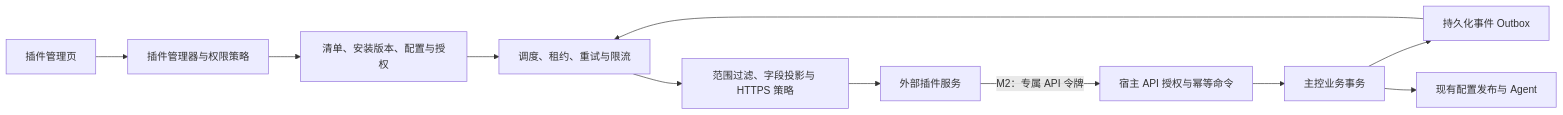
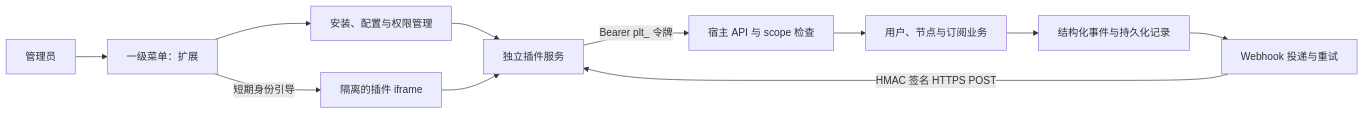
The diagram in docs/design/plugins.md (cuijianzhuang/Polaris), drawn with Mermaid before and after one commit. The commit also changed other lines of this file and 3 other files, not shown here.

Commit message:
docs: align external plugin design with four-PR implementation plan [skip release]

````diff
--- a/docs/design/plugins.md
+++ b/docs/design/plugins.md
@@ -53,13 +29,13 @@
 ```mermaid
 flowchart LR
-    UI[插件管理页] --> Manager[插件管理器与权限策略]
-    Manager --> Registry[清单、安装版本、配置与授权]
-    Domain[主控业务事务] --> Outbox[持久化事件 Outbox]
-    Outbox --> Worker[调度、租约、重试与限流]
-    Registry --> Worker
-    Worker --> Policy[范围过滤、字段投影与 HTTPS 策略]
-    Policy --> External[外部插件服务]
-    External -->|M2：专属 API 令牌| API[宿主 API 授权与幂等命令]
-    API --> Domain
-    Domain --> Existing[现有配置发布与 Agent]
+    Admin[管理员] --> UI[一级菜单：扩展]
+    UI --> Manager[安装、配置与权限管理]
+    Manager --> Plugin[独立插件服务]
+    Plugin -->|Bearer plt_ 令牌| API[宿主 API 与 scope 检查]
+    API --> Domain[用户、节点与订阅业务]
+    Domain --> Outbox[结构化事件与持久化记录]
+    Outbox --> Worker[Webhook 投递与重试]
+    Worker -->|HMAC 签名 HTTPS POST| Plugin
+    UI -->|短期身份引导| Frame[隔离的插件 iframe]
+    Frame --> Plugin
 ```
````
